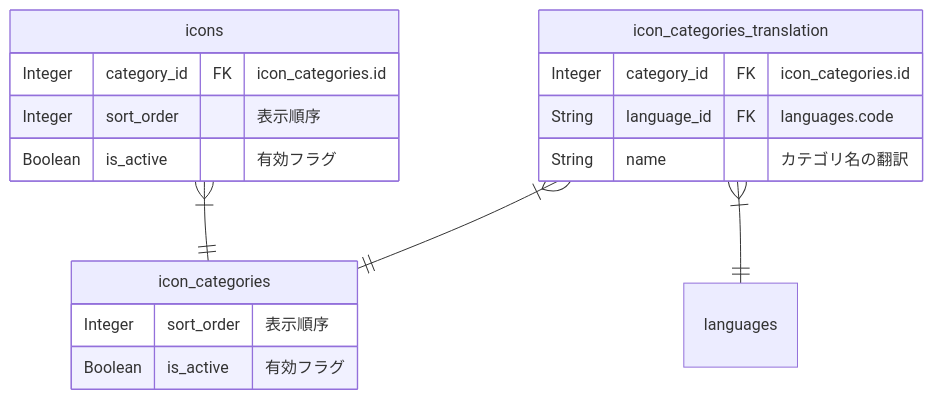
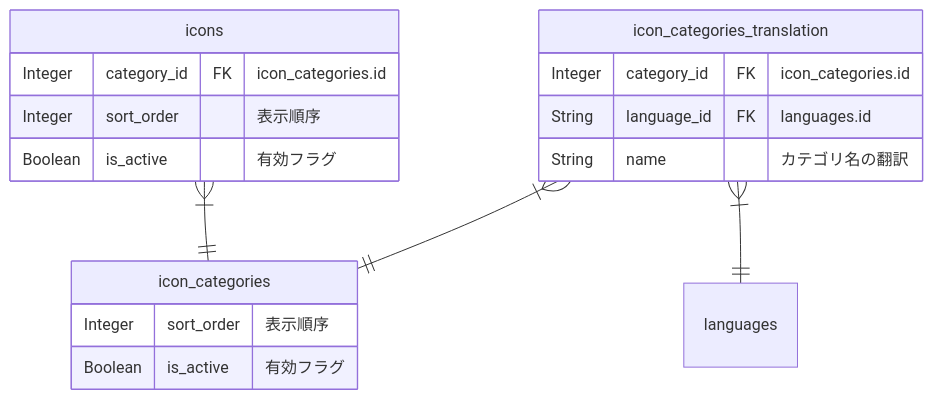
Before and after one commit to shuhei1101/allowance-questboard: the third of 17 diagrams in apps/api/docs/ja/uml/erd.md, drawn with Mermaid. The commit also changed other lines of this file and 20 other files, not shown here.

````diff
--- a/apps/api/docs/ja/uml/erd.md
+++ b/apps/api/docs/ja/uml/erd.md
@@ -67,25 +67,25 @@
 ```mermaid
 %% ui
 erDiagram
     icons {
         Integer category_id FK "icon_categories.id"
         Integer sort_order "表示順序"
         Boolean is_active "有効フラグ"
     }
 
     icon_categories {
         Integer sort_order "表示順序"
         Boolean is_active "有効フラグ"
     }
 
     icon_categories_translation {
         Integer category_id FK "icon_categories.id"
-        String language_id FK "languages.code"
+        String language_id FK "languages.id"
         String name "カテゴリ名の翻訳"
     }
 
     %% Relationships
     icons }|--|| icon_categories: ""
     icon_categories_translation }|--|| icon_categories: ""
     icon_categories_translation }|--|| languages: ""
 ```
````
